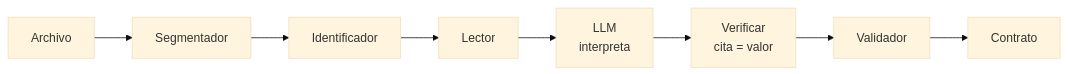
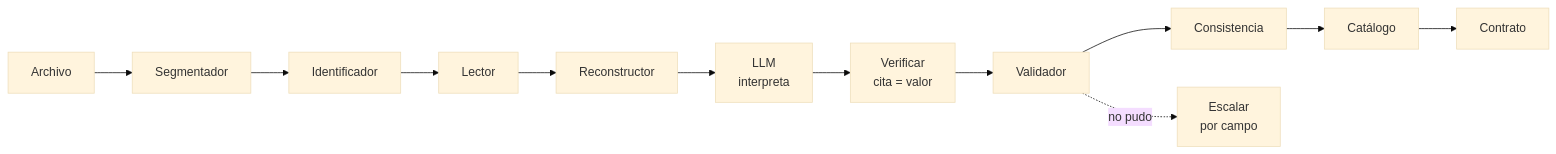
Before and after one commit to mariogarcia-ar/docflow: diagram 12 of 15 in readme-min.md, drawn with Mermaid (base theme). The commit also changed other lines of this file, not shown here.

Commit message:
Refactor README.md to enhance clarity and detail in document extraction components, including flow adjustments and expanded descriptions for Segmentador, Identificador, Diagnóstico, Reconstructor, Validador, Consistencia, Catálogo, Contrato, and Revisor.

````diff
--- a/readme-min.md
+++ b/readme-min.md
@@ -209,5 +323,7 @@
 ```mermaid
 graph LR
     A["Archivo"] --> B["Segmentador"] --> C["Identificador"] --> D["Lector"]
-    D --> E["LLM<br/>interpreta"] --> F["Verificar<br/>cita = valor"] --> G["Validador"] --> H["Contrato"]
+    D --> E["Reconstructor"] --> F["LLM<br/>interpreta"] --> G["Verificar<br/>cita = valor"]
+    G --> H["Validador"] --> I["Consistencia"] --> J["Catálogo"] --> K["Contrato"]
+    H -.->|"no pudo"| L["Escalar<br/>por campo"]
 ```
````
